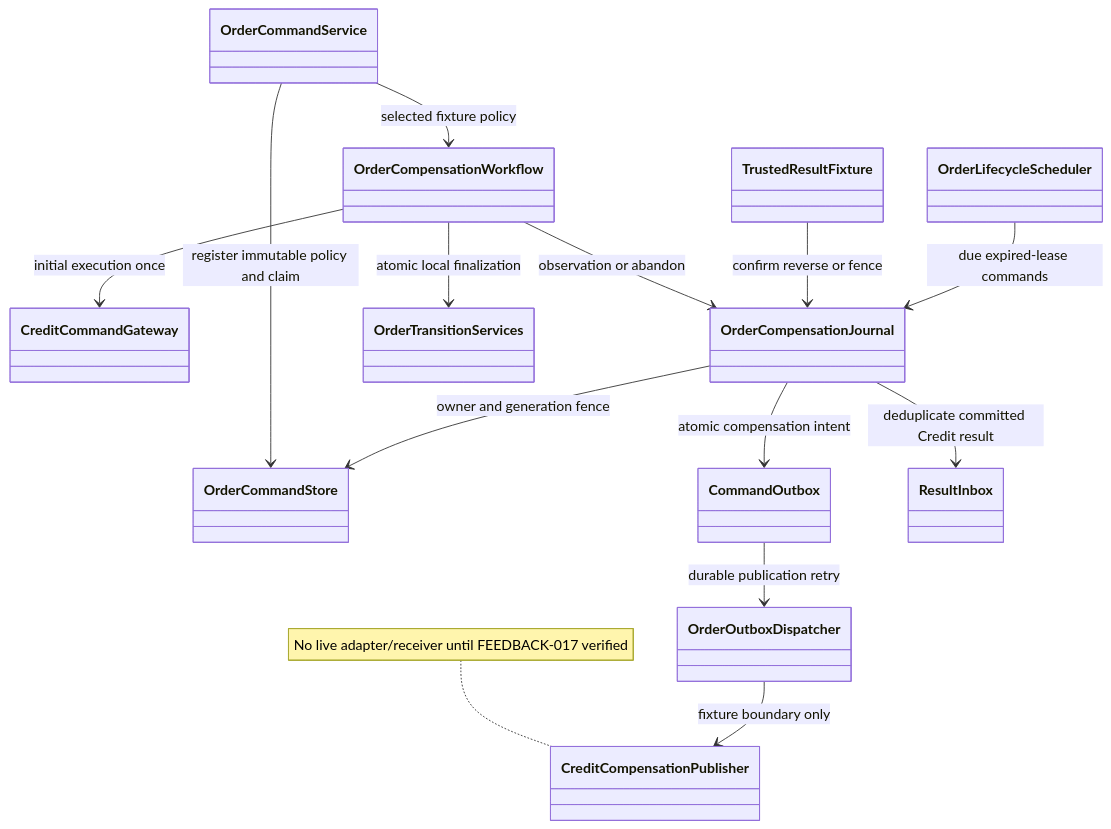
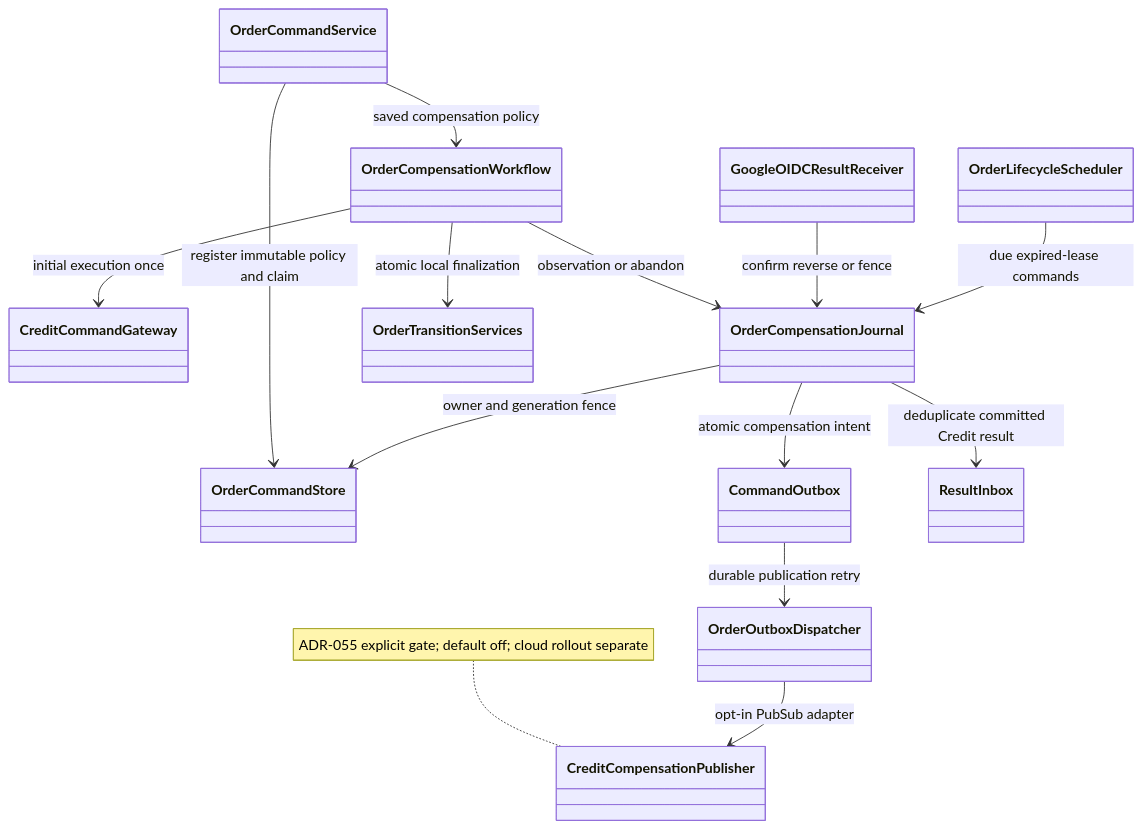
One commit to Y2627S1-CS3219-P-28/FoC-P28 changed the diagram in order-service/docs/diagrams/compensation-first-commands.mmd. Above: the diagram before and after it, drawn with Mermaid. The commit also changed 21 other files, not shown here.

```diff
--- a/order-service/docs/diagrams/compensation-first-commands.mmd
+++ b/order-service/docs/diagrams/compensation-first-commands.mmd
@@ -1,14 +1,14 @@
 classDiagram
     OrderCommandService --> OrderCommandStore : register immutable policy and claim
-    OrderCommandService --> OrderCompensationWorkflow : selected fixture policy
+    OrderCommandService --> OrderCompensationWorkflow : saved compensation policy
     OrderCompensationWorkflow --> CreditCommandGateway : initial execution once
     OrderCompensationWorkflow --> OrderCompensationJournal : observation or abandon
     OrderCompensationWorkflow --> OrderTransitionServices : atomic local finalization
     OrderCompensationJournal --> OrderCommandStore : owner and generation fence
     OrderCompensationJournal --> CommandOutbox : atomic compensation intent
     OrderCompensationJournal --> ResultInbox : deduplicate committed Credit result
     CommandOutbox --> OrderOutboxDispatcher : durable publication retry
-    OrderOutboxDispatcher --> CreditCompensationPublisher : fixture boundary only
-    TrustedResultFixture --> OrderCompensationJournal : confirm reverse or fence
+    OrderOutboxDispatcher --> CreditCompensationPublisher : opt-in PubSub adapter
+    GoogleOIDCResultReceiver --> OrderCompensationJournal : confirm reverse or fence
     OrderLifecycleScheduler --> OrderCompensationJournal : due expired-lease commands
-    note for CreditCompensationPublisher "No live adapter/receiver until FEEDBACK-017 verified"
+    note for CreditCompensationPublisher "ADR-055 explicit gate; default off; cloud rollout separate"
```
